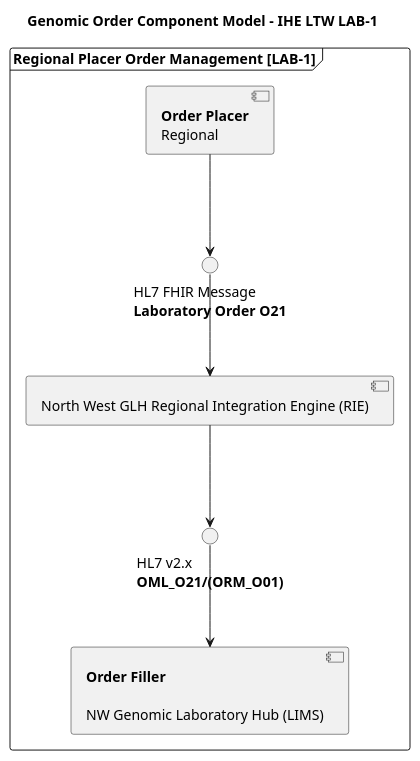
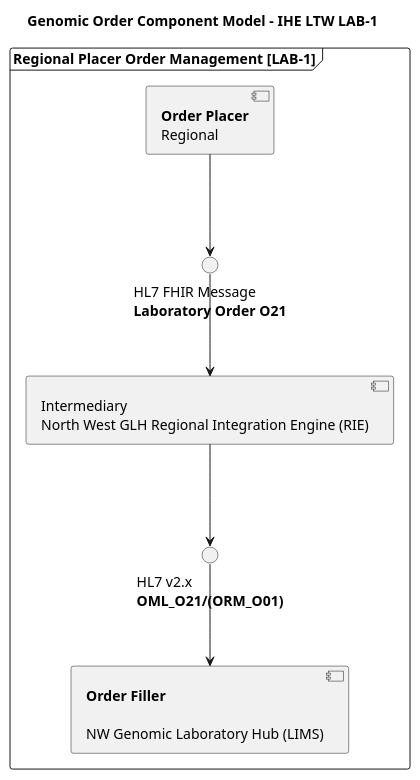
Before and after one commit to nw-gmsa/nw-gmsa.github.com: the diagram in input/images-source/LAB1-component.plantuml, drawn with PlantUML. The commit also changed 11 other files, not shown here.

```diff
--- a/input/images-source/LAB1-component.plantuml
+++ b/input/images-source/LAB1-component.plantuml
@@ -1,26 +1,26 @@
 @startuml
 
 title "Genomic Order Component Model - IHE LTW LAB-1"
 
 frame "Regional Placer Order Management [LAB-1]" as LAB1 {
   component "**Order Filler**\n\nNW Genomic Laboratory Hub (LIMS)" as LIMS
   component "**Order Placer**\nRegional" as EPR
-  component "North West GLH Regional Integration Engine (RIE)" as TIE
+  component "Intermediary\nNorth West GLH Regional Integration Engine (RIE)" as TIE
 
  interface "HL7 FHIR Message\n**Laboratory Order O21**" as HL7_ORM1
 
  interface "HL7 v2.x\n**OML_O21/(ORM_O01)**" as HL7_ORM2
 
 
   EPR -d-> HL7_ORM1
   HL7_ORM1 -d-> TIE
   TIE -d-> HL7_ORM2
 }
 
 
 
 HL7_ORM2 -d-> LIMS
 
 
 
 @enduml
```
